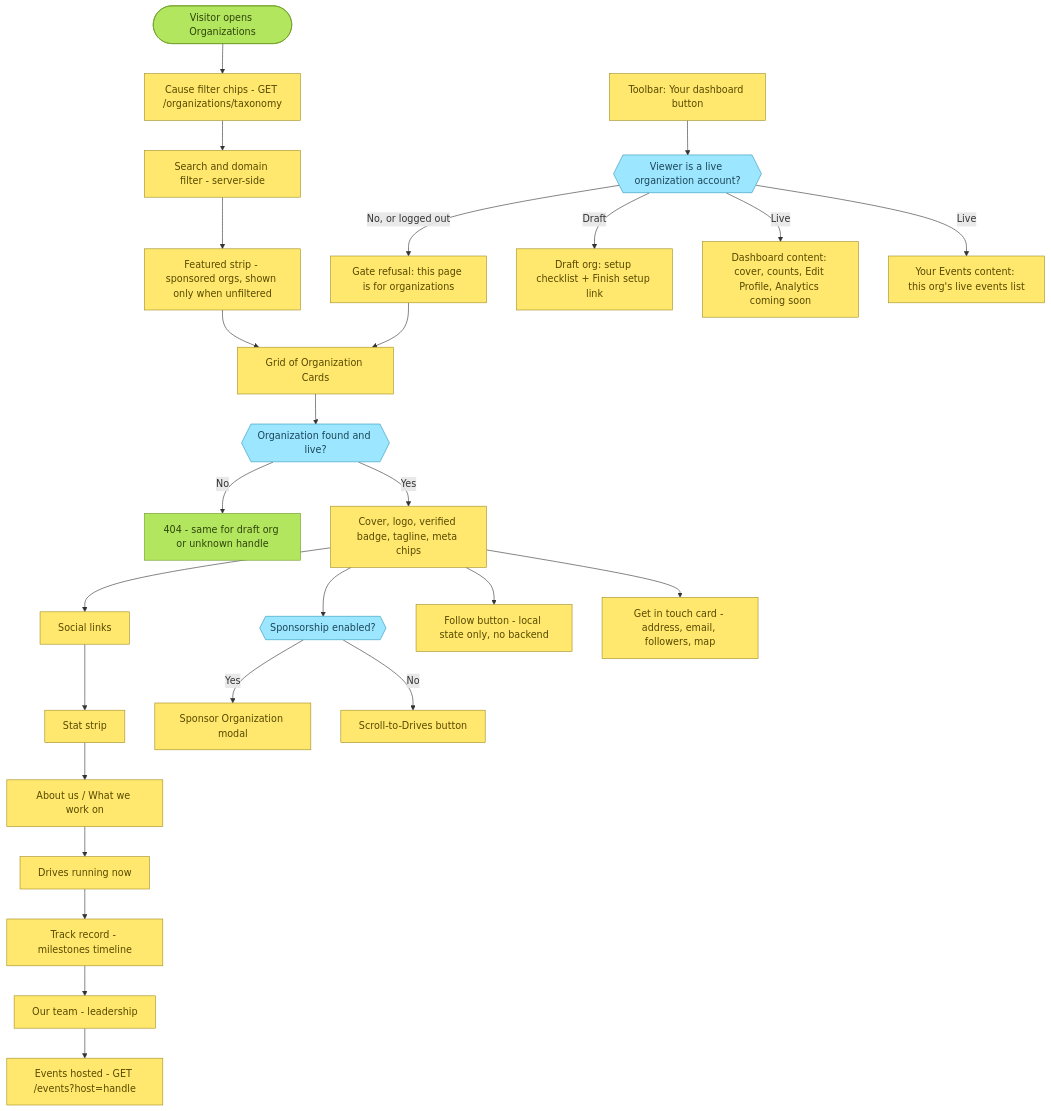
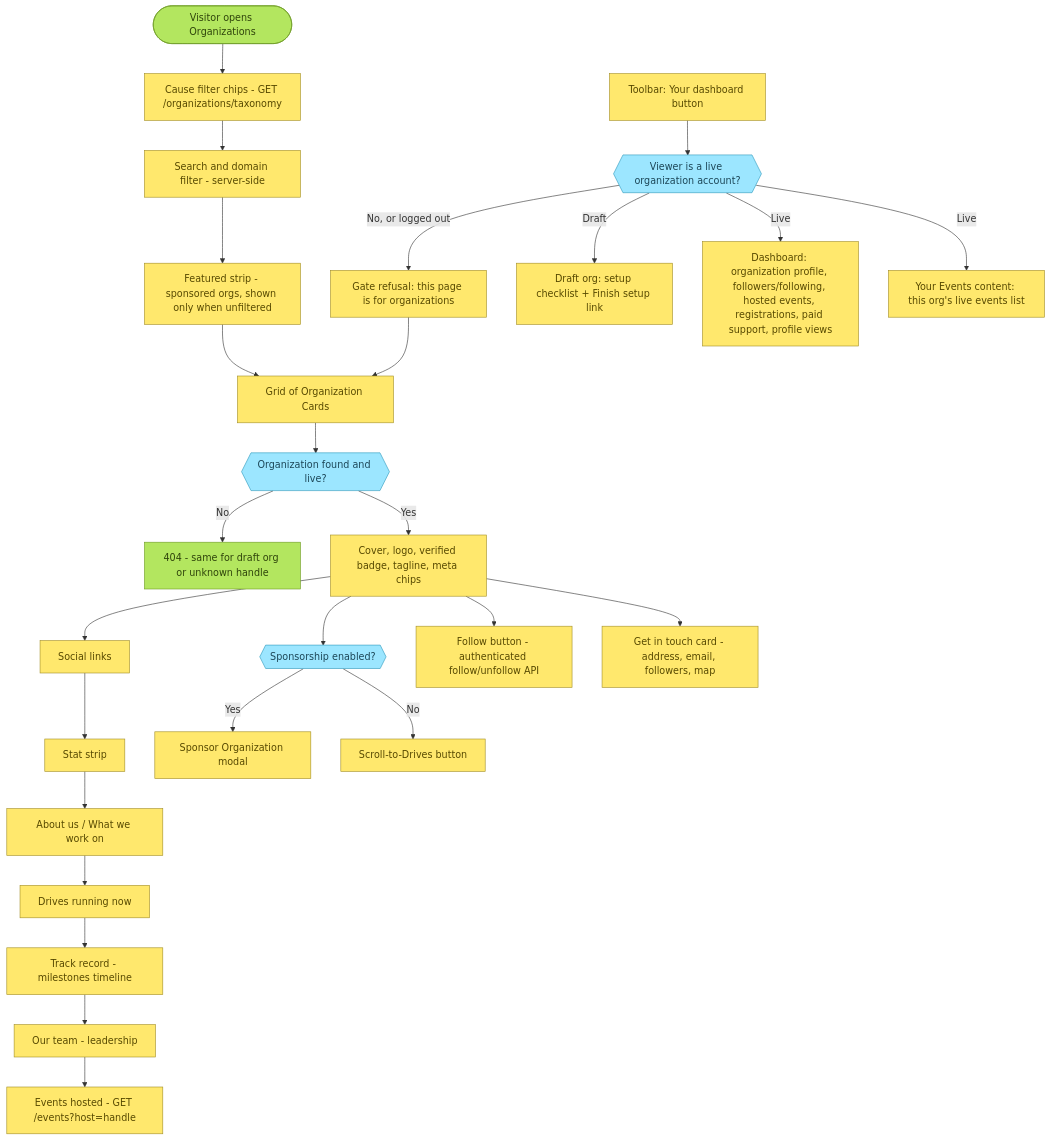
The sixth of 7 diagrams in docs/specs/user-flows.md (karmacircleCommunity/KarmaCircle), drawn with Mermaid before and after one commit. The commit also changed other lines of this file and 53 other files, not shown here.

````diff
--- a/docs/specs/user-flows.md
+++ b/docs/specs/user-flows.md
@@ -317,59 +328,59 @@
 ```mermaid
 flowchart TD
     classDef general fill:#FFE86D,stroke:#A28E26,color:#574900
     classDef decision fill:#9CE6FF,stroke:#2C97BB,color:#1C4657
     classDef terminator fill:#B3E65F,stroke:#6E9A24,color:#2F440B
 
     o_start(["Visitor opens Organizations"]):::terminator
     o_taxonomy["Cause filter chips - GET /organizations/taxonomy"]:::general
     o_search["Search and domain filter - server-side"]:::general
     o_featured["Featured strip - sponsored orgs, shown only when unfiltered"]:::general
     o_grid["Grid of Organization Cards"]:::general
     o_dashlink["Toolbar: Your dashboard button"]:::general
     o_profile_fetch{{"Organization found and live?"}}:::decision
     o_404["404 - same for draft org or unknown handle"]:::terminator
     o_header["Cover, logo, verified badge, tagline, meta chips"]:::general
     o_social["Social links"]:::general
     o_stats["Stat strip"]:::general
     o_about["About us / What we work on"]:::general
     o_drives["Drives running now"]:::general
     o_track["Track record - milestones timeline"]:::general
     o_team["Our team - leadership"]:::general
     o_events["Events hosted - GET /events?host=handle"]:::general
     o_sponsor{{"Sponsorship enabled?"}}:::decision
     o_sponsor_modal["Sponsor Organization modal"]:::general
     o_scroll["Scroll-to-Drives button"]:::general
-    o_follow["Follow button - local state only, no backend"]:::general
+    o_follow["Follow button - authenticated follow/unfollow API"]:::general
     o_contact["Get in touch card - address, email, followers, map"]:::general
     o_gate{{"Viewer is a live organization account?"}}:::decision
     o_refuse["Gate refusal: this page is for organizations"]:::general
     o_checklist["Draft org: setup checklist + Finish setup link"]:::general
-    o_dashboard_content["Dashboard content: cover, counts, Edit Profile, Analytics coming soon"]:::general
+    o_dashboard_content["Dashboard: organization profile, followers/following, hosted events, registrations, paid support, profile views"]:::general
     o_yourevents_content["Your Events content: this org's live events list"]:::general
 
     o_start --> o_taxonomy
     o_taxonomy --> o_search
     o_search --> o_featured
     o_featured --> o_grid
     o_grid --> o_profile_fetch
     o_dashlink --> o_gate
     o_profile_fetch -->|"No"| o_404
     o_profile_fetch -->|"Yes"| o_header
     o_header --> o_social
     o_social --> o_stats
     o_stats --> o_about
     o_about --> o_drives
     o_drives --> o_track
     o_track --> o_team
     o_team --> o_events
     o_header --> o_sponsor
     o_sponsor -->|"Yes"| o_sponsor_modal
     o_sponsor -->|"No"| o_scroll
     o_header --> o_follow
     o_header --> o_contact
     o_gate -->|"No, or logged out"| o_refuse
     o_refuse --> o_grid
     o_gate -->|"Draft"| o_checklist
     o_gate -->|"Live"| o_dashboard_content
     o_gate -->|"Live"| o_yourevents_content
 ```
````
